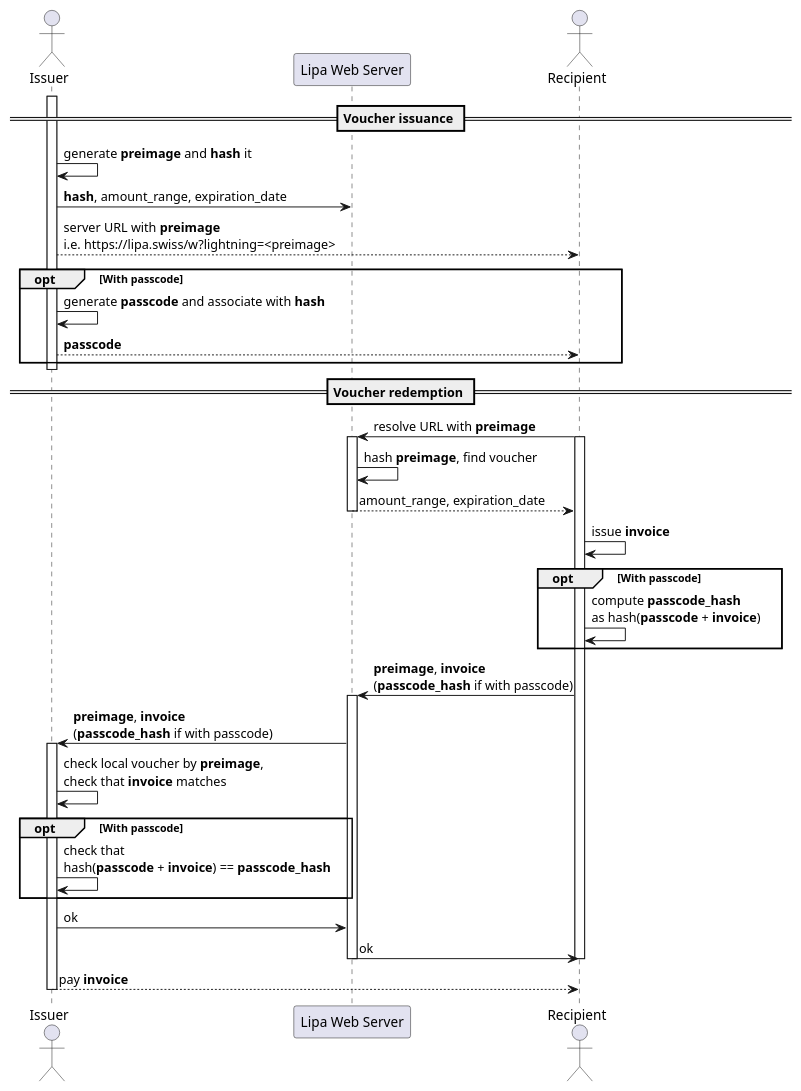
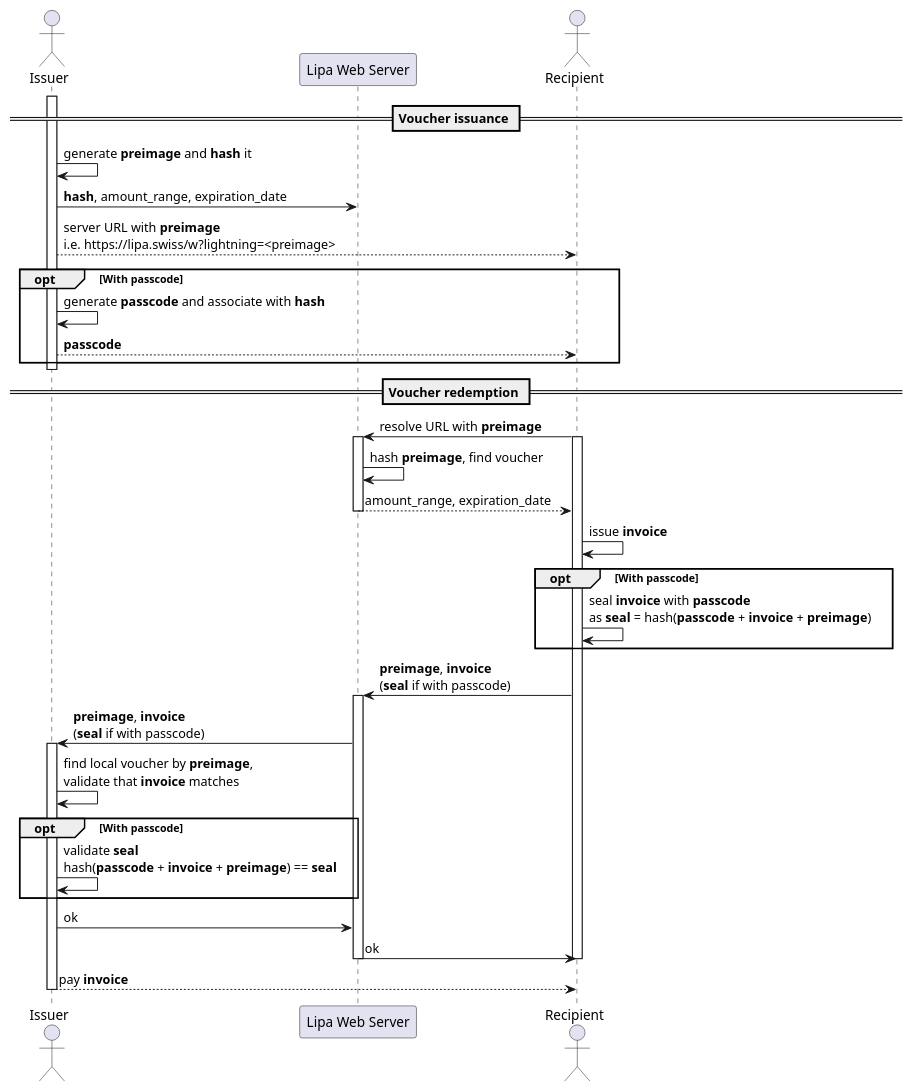
One commit to getlipa/lipa-lightning-lib changed the diagram in docs/lightning_voucher.org. Above: the diagram before and after it, drawn with PlantUML. The commit also changed other lines of this file and 1 other file, not shown here.

Commit message:
Use `seal` term

```diff
--- a/docs/lightning_voucher.org
+++ b/docs/lightning_voucher.org
@@ -81,44 +86,44 @@
 #+begin_src plantuml
 @startuml
 actor Issuer as issuer
 participant "Lipa Web Server" as server
 actor Recipient as recipient
 
 == Voucher issuance ==
 
 activate issuer
 issuer -> issuer: generate **preimage** and **hash** it
 issuer -> server: **hash**, amount_range, expiration_date
 
 issuer --> recipient: server URL with **preimage**\ni.e. https://lipa.swiss/w?lightning=<preimage>
 
 opt With passcode
 	issuer -> issuer: generate **passcode** and associate with **hash**
 	issuer --> recipient: **passcode**
 end
 deactivate issuer	
 
 == Voucher redemption ==
 
 recipient -> server ++: resolve URL with **preimage**
 activate recipient
 server -> server: hash **preimage**, find voucher
 return amount_range, expiration_date
 	
 recipient -> recipient: issue **invoice**
 opt With passcode
-	recipient -> recipient: compute **passcode_hash**\nas hash(**passcode** + **invoice**)
+	recipient -> recipient: seal **invoice** with **passcode**\nas **seal** = hash(**passcode** + **invoice** + **preimage**)
 end
 
-recipient -> server ++: **preimage**, **invoice**\n(**passcode_hash** if with passcode)
-server -> issuer ++: **preimage**, **invoice**\n(**passcode_hash** if with passcode)
-issuer -> issuer: check local voucher by **preimage**,\ncheck that **invoice** matches
+recipient -> server ++: **preimage**, **invoice**\n(**seal** if with passcode)
+server -> issuer ++: **preimage**, **invoice**\n(**seal** if with passcode)
+issuer -> issuer: find local voucher by **preimage**,\nvalidate that **invoice** matches
 opt With passcode
-	issuer -> issuer: check that\nhash(**passcode** + **invoice**) == **passcode_hash**
+	issuer -> issuer: validate **seal**\nhash(**passcode** + **invoice** + **preimage**) == **seal**
 end
 issuer -> server: ok
 server -> recipient --: ok				
 deactivate recipient
 issuer --> recipient --: pay **invoice**
 @enduml
 #+end_src
```
